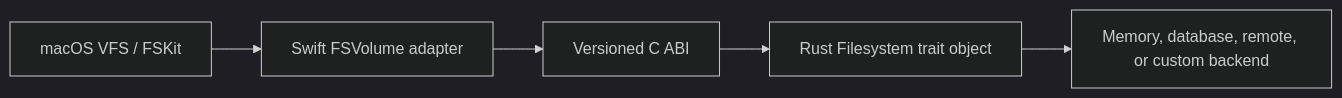
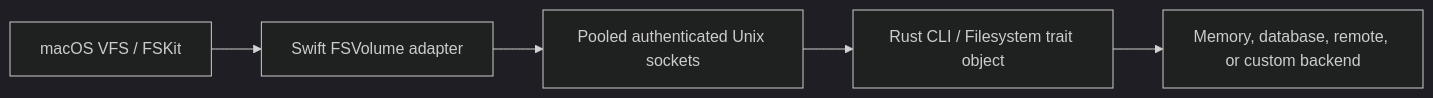
Before and after one commit to specta-rs/fsk: the diagram in README.md, drawn with Mermaid (dark theme). The commit also changed other lines of this file, not shown here.

Commit message:
docs: explain CLI mounts and authorization flow

````diff
--- a/README.md
+++ b/README.md
@@ -170,7 +187,7 @@
 ```mermaid
 flowchart LR
     K["macOS VFS / FSKit"] --> S["Swift FSVolume adapter"]
-    S --> C["Versioned C ABI"]
-    C --> R["Rust Filesystem trait object"]
+    S --> P["Pooled authenticated Unix sockets"]
+    P --> R["Rust CLI / Filesystem trait object"]
     R --> M["Memory, database, remote, or custom backend"]
 ```
````
